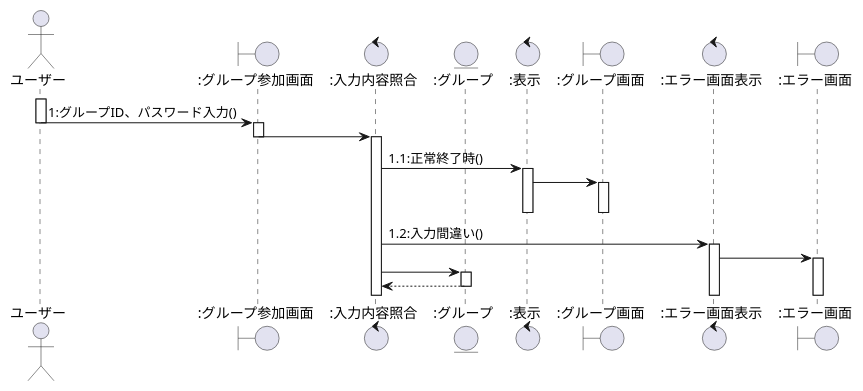
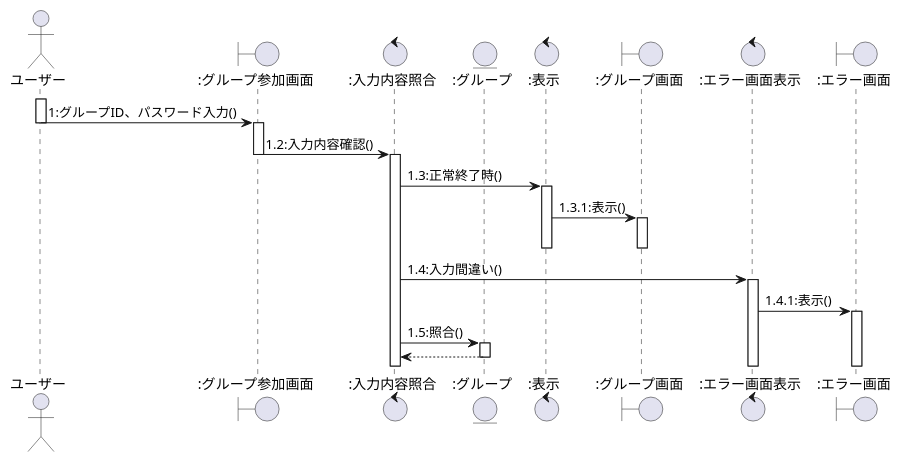
One commit to ksw2270227/GroupF changed the second of 7 diagrams in user2_sequence.plantuml. Above: the diagram before and after it, drawn with PlantUML. The commit also changed other lines of this file and 1 other file, not shown here.

```diff
--- a/user2_sequence.plantuml
+++ b/user2_sequence.plantuml
@@ -34,32 +34,32 @@
 @startuml グループ参加シーケンス図
 actor ユーザー as 0
 boundary ":グループ参加画面" as a
 control ":入力内容照合" as b
 entity ":グループ" as c
 control ":表示" as d
 boundary ":グループ画面" as e
 control ":エラー画面表示" as f
 boundary ":エラー画面" as g
 
 activate 0
     0 -> a:1:グループID、パスワード入力()
     deactivate 0
     activate a
-    a -> b
+    a -> b:1.2:入力内容確認()
     deactivate a
     activate b
-    b -> d:1.1:正常終了時()
+    b -> d:1.3:正常終了時()
     activate d
-    d -> e
+    d -> e:1.3.1:表示()
     activate e
     deactivate e
     deactivate d
-    b -> f:1.2:入力間違い()
+    b -> f:1.4:入力間違い()
     activate f
-    f -> g
+    f -> g:1.4.1:表示()
     activate g
-    b -> c
+    b -> c:1.5:照合()
     activate c
     c --> b
     deactivate c 
 @enduml
```
